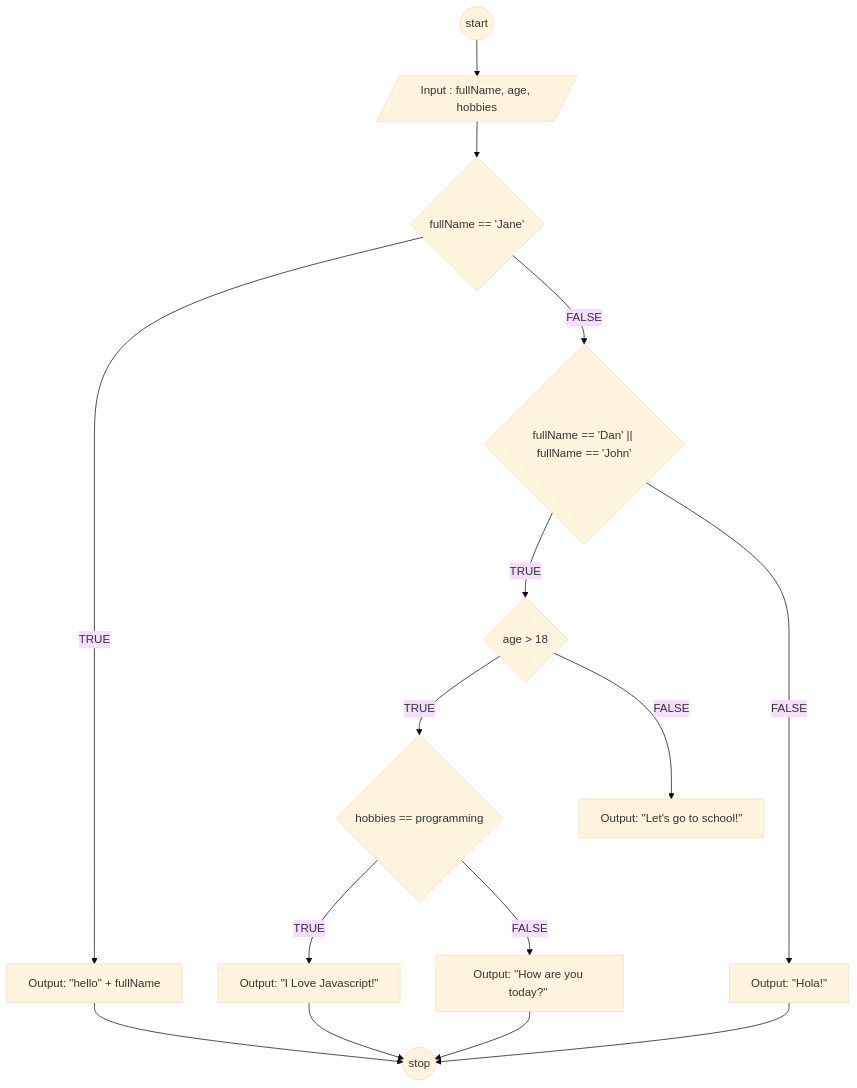
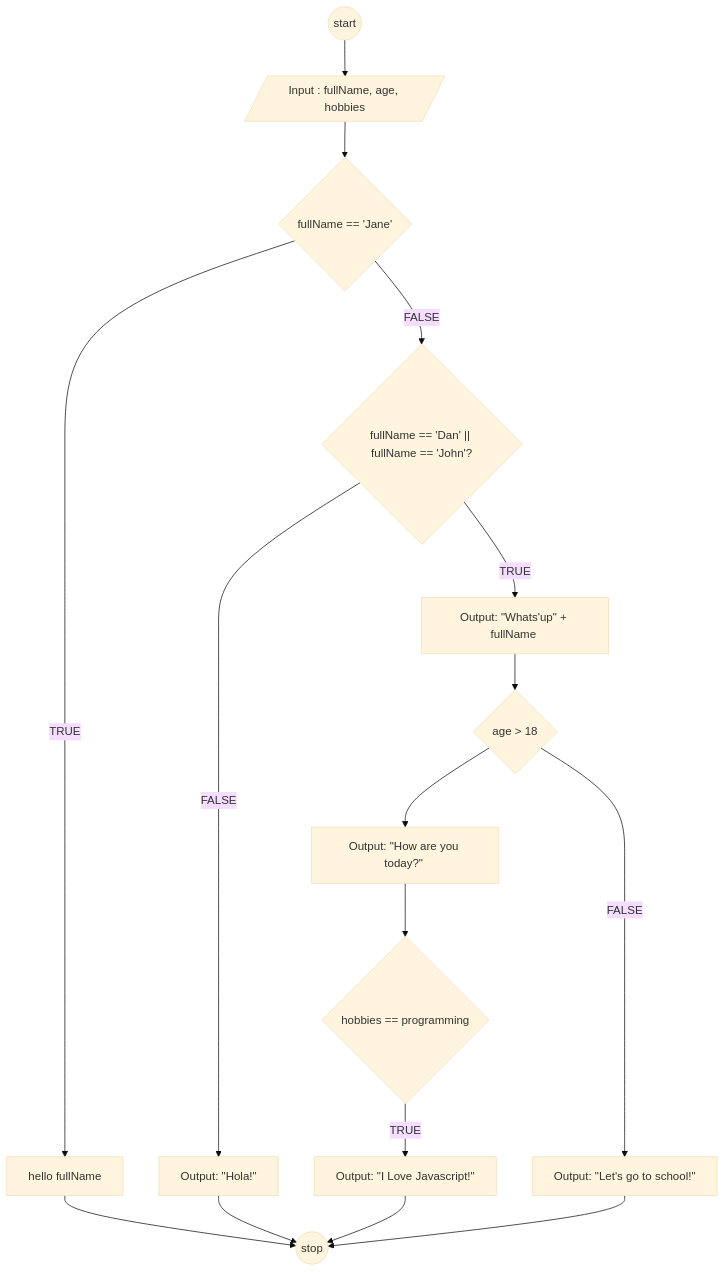
One commit to makarim22/koda-b6-javascript1 changed the diagram in flowchart-fullName.md. Above: the diagram before and after it, drawn with Mermaid (base theme).

````diff
--- a/flowchart-fullName.md
+++ b/flowchart-fullName.md
@@ -1,42 +1,47 @@
 ```mermaid
 flowchart TD
 A@{ shape: circle, label: "start"} --> B
 
 B@{ shape: lean-r, label: "Input : fullName, age, hobbies" } --> C
 
 C@{ shape: diamond, label: "fullName == 'Jane'" } -->|TRUE| D
 
 C -- FALSE --> E
 
-D@{ shape: rect, label: "Output: \"hello\" + fullName "} 
+D@{ shape: rect, label: "hello fullName"} 
 
-E@{ shape: diamond, label: "fullName == 'Dan' || fullName == 'John'" } --> |TRUE| F
+E@{ shape: diamond, label: "fullName == 'Dan' || fullName == 'John'?" } 
+
+E -- TRUE --> S
+
+S@{ shape: rect, label: "Output: \"Whats'up\" + fullName " }
 
 E -- FALSE --> K
 
+S --> F
+
 F@{ shape: diamond, label: "age > 18 "} 
 
-F --> |TRUE| O
+F  --> Q
 
 F -- FALSE --> H
 
 H@{ shape: rect, label: "Output: \"Let's go to school!\" " } 
 
 K@{ shape: rect, label: "Output: \"Hola!\" " }
 
 O@{ shape: diamond, label: "hobbies == programming" } -->|TRUE| P
 
-O -- FALSE --> Q
 
 P@{ shape: rect, label: "Output: \"I Love Javascript!\" "} 
 
-Q@{ shape: rect, label: "Output: \"How are you today?\" "} 
+Q@{ shape: rect, label: "Output: \"How are you today?\" "} --> O
 
 Z@{ shape: circle, label: "stop" }
 
 
 D --> Z
 K --> Z
-Q --> Z 
 P --> Z
+H --> Z
 ```
````
